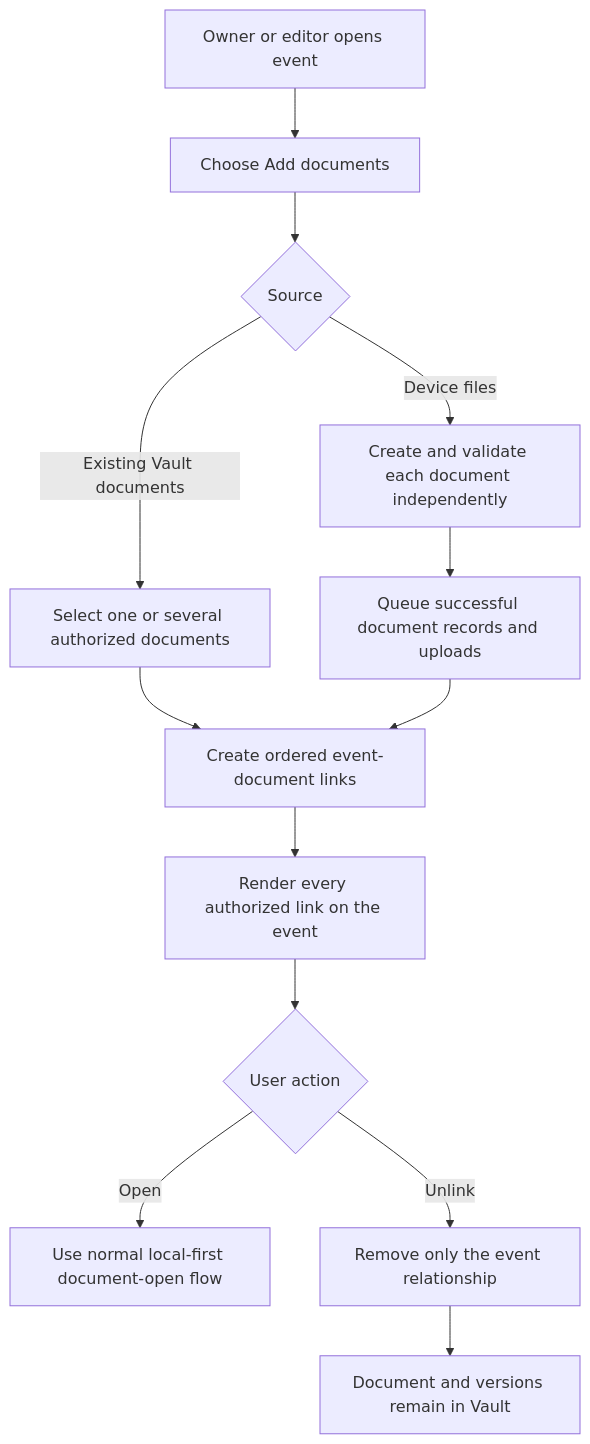
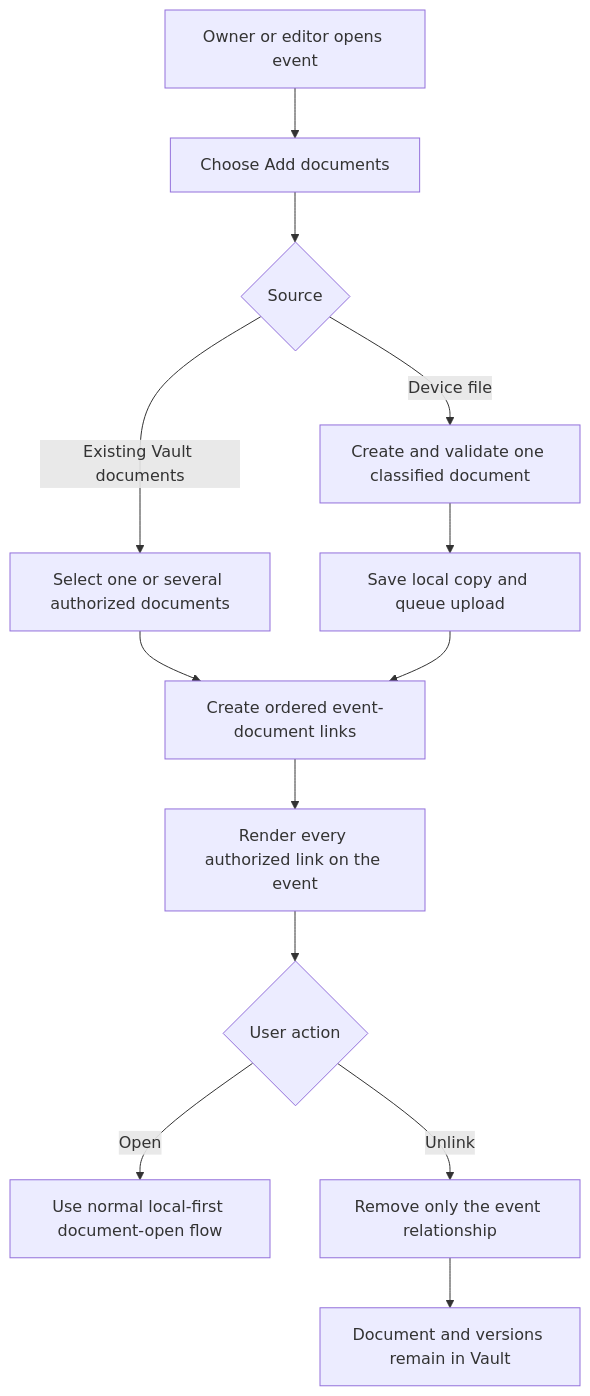
Before and after one commit to shantanu1258/trip-vault: diagram 13 of 13 in docs/LOW_LEVEL_DESIGN.md, drawn with Mermaid. The commit also changed other lines of this file and 9 other files, not shown here.

````diff
--- a/docs/LOW_LEVEL_DESIGN.md
+++ b/docs/LOW_LEVEL_DESIGN.md
@@ -1515,15 +1564,15 @@
 ```mermaid
 flowchart TD
     A[Owner or editor opens event] --> B[Choose Add documents]
     B --> C{Source}
     C -- Existing Vault documents --> D[Select one or several authorized documents]
-    C -- Device files --> E[Create and validate each document independently]
-    E --> F[Queue successful document records and uploads]
+    C -- Device file --> E[Create and validate one classified document]
+    E --> F[Save local copy and queue upload]
     D --> G[Create ordered event-document links]
     F --> G
     G --> H[Render every authorized link on the event]
     H --> I{User action}
     I -- Open --> J[Use normal local-first document-open flow]
     I -- Unlink --> K[Remove only the event relationship]
     K --> L[Document and versions remain in Vault]
 ```
````
